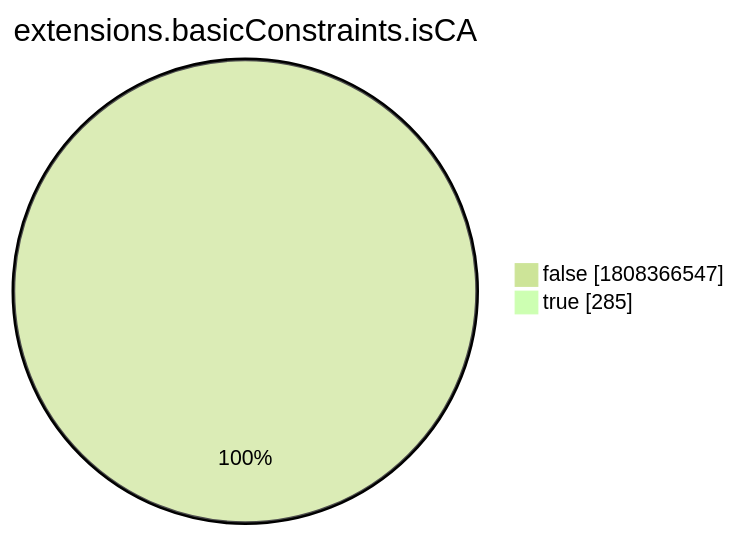
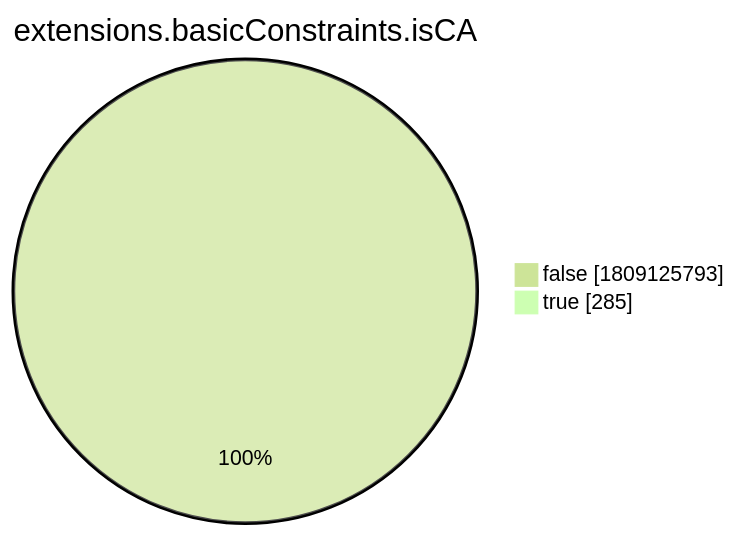
One commit to christiankrug/ctmonitor_visualization changed the eighth of 15 diagrams in xenon2022/README.md. Above: the diagram before and after it, drawn with Mermaid (forest theme). The commit also changed other lines of this file, not shown here.

````diff
--- a/xenon2022/README.md
+++ b/xenon2022/README.md
@@ -2868,6 +2868,6 @@
 ```mermaid
 pie showData
 title extensions.basicConstraints.isCA
-"false" :1808366547
+"false" :1809125793
 "true" :285
 ```
````
